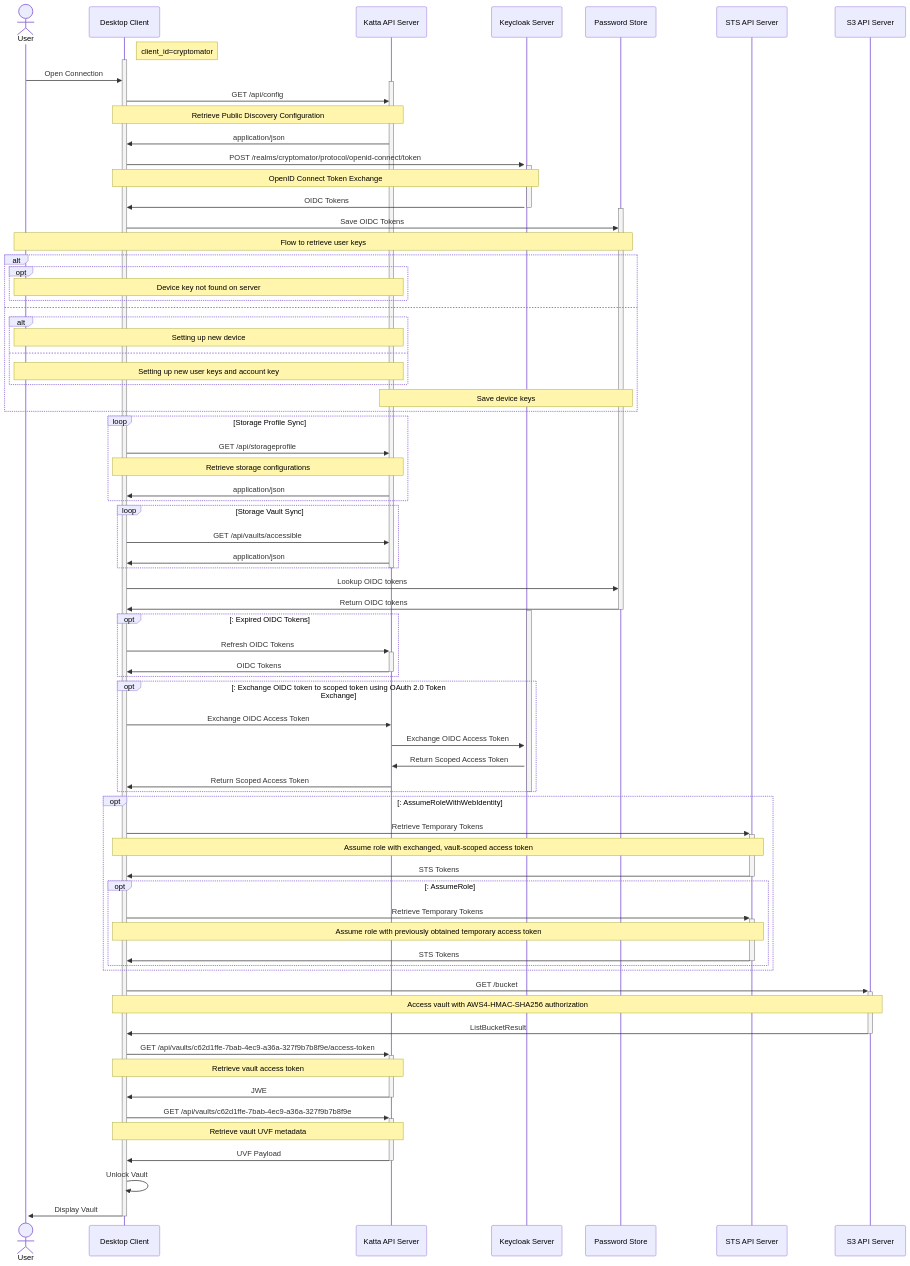
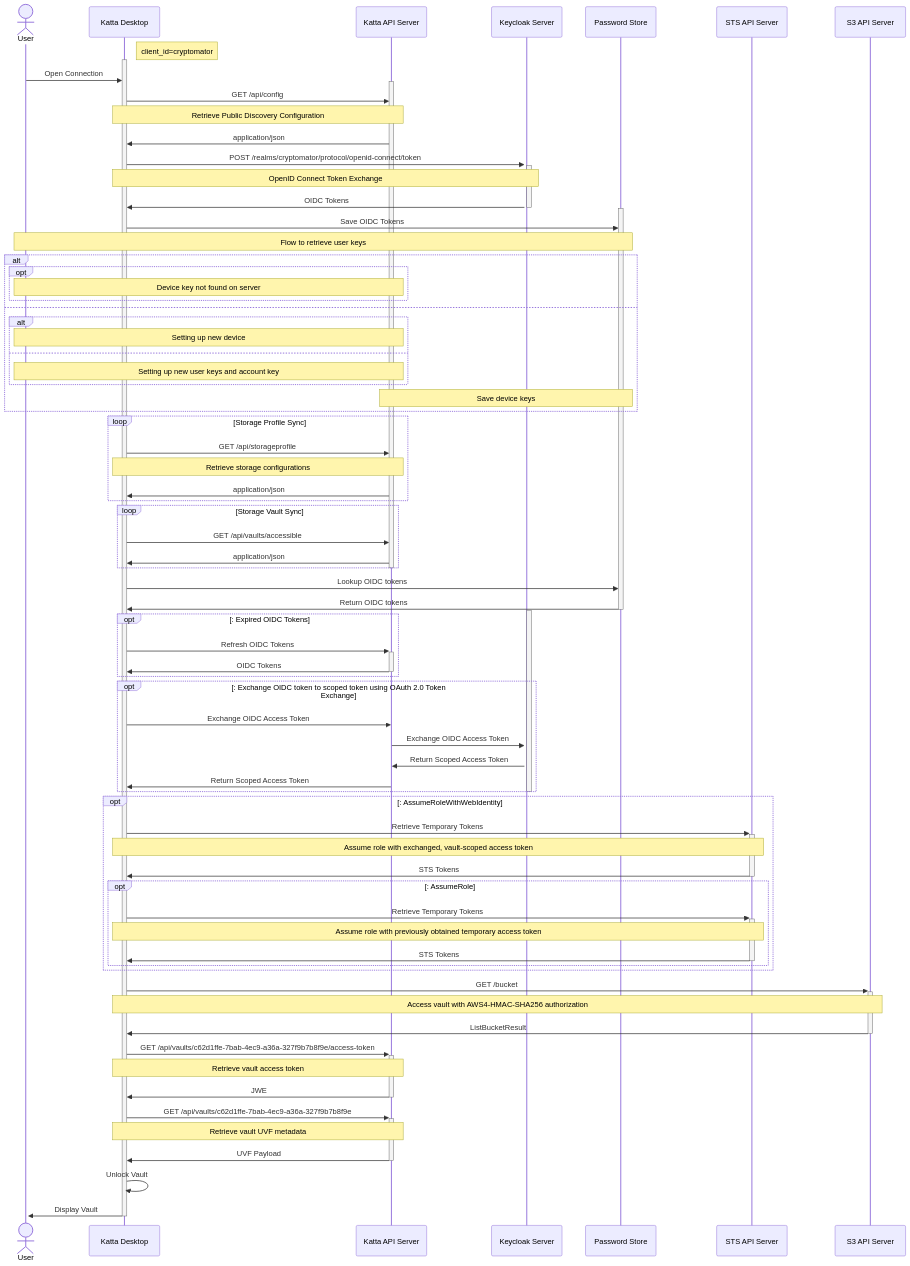
The first of 4 diagrams in docs/architecture/storage-access.md (shift7-ch/katta-docs), drawn with Mermaid before and after one commit. The commit also changed 3 other files, not shown here.

Commit message:
Use Katta Desktop wording.

````diff
--- a/docs/architecture/storage-access.md
+++ b/docs/architecture/storage-access.md
@@ -37,7 +37,7 @@
 ```mermaid
 sequenceDiagram
     actor User
-    participant client as Desktop Client
+    participant client as Katta Desktop
     participant katta as Katta API Server
     Note right of client: client_id=cryptomator
     activate client
````
